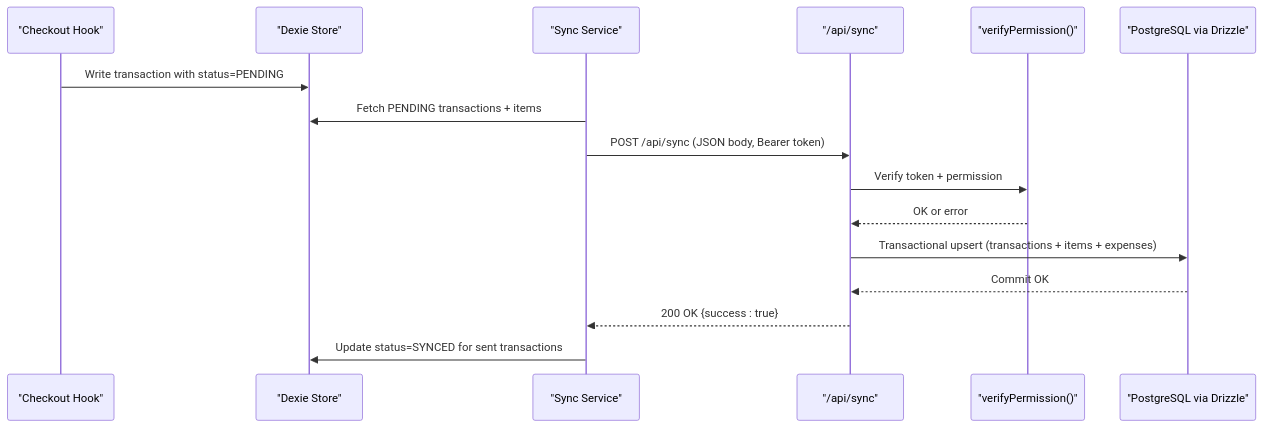
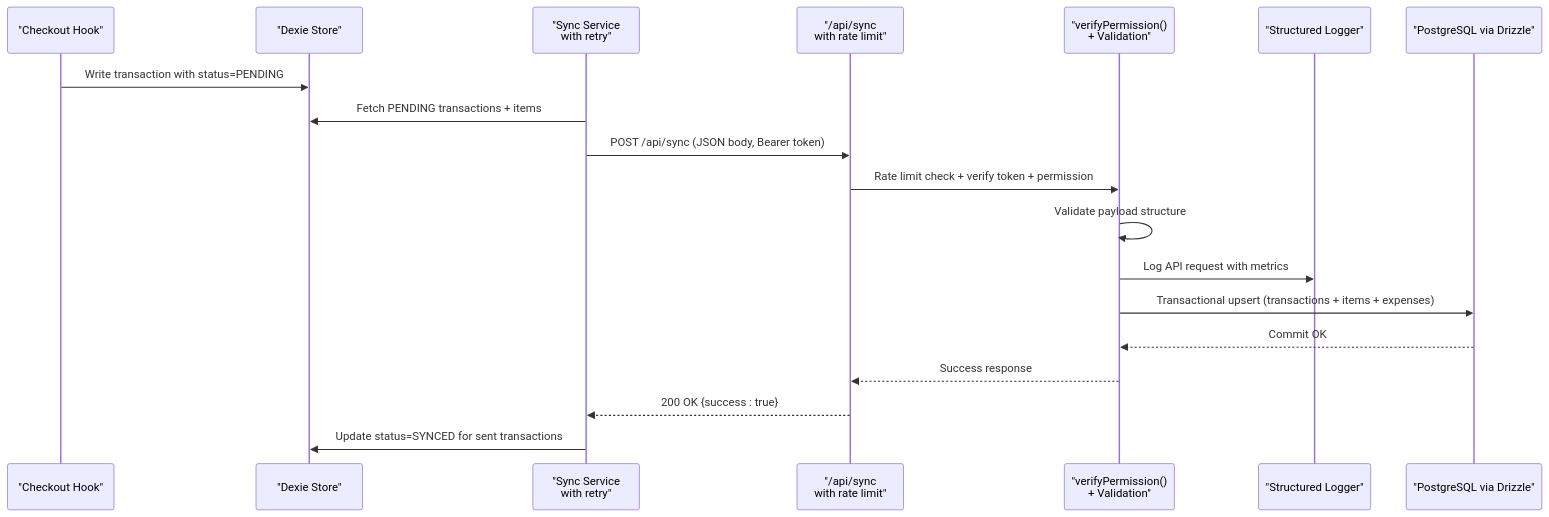
The second of 3 diagrams in .qoder/repowiki/en/content/API Reference/Synchronization API.md (riod94/ngepos), drawn with Mermaid before and after one commit. The commit also changed other lines of this file and 51 other files, not shown here.

````diff
--- a/.qoder/repowiki/en/content/API Reference/Synchronization API.md
+++ b/.qoder/repowiki/en/content/API Reference/Synchronization API.md
@@ -101,18 +123,21 @@
 ```mermaid
 sequenceDiagram
 participant UI as "Checkout Hook"
 participant Store as "Dexie Store"
-participant Sync as "Sync Service"
-participant API as "/api/sync"
-participant Auth as "verifyPermission()"
+participant Sync as "Sync Service<br/>with retry"
+participant API as "/api/sync<br/>with rate limit"
+participant Auth as "verifyPermission()<br/>+ Validation"
+participant Log as "Structured Logger"
 participant DB as "PostgreSQL via Drizzle"
 UI->>Store : Write transaction with status=PENDING
 Sync->>Store : Fetch PENDING transactions + items
 Sync->>API : POST /api/sync (JSON body, Bearer token)
-API->>Auth : Verify token + permission
-Auth-->>API : OK or error
-API->>DB : Transactional upsert (transactions + items + expenses)
-DB-->>API : Commit OK
+API->>Auth : Rate limit check + verify token + permission
+Auth->>Auth : Validate payload structure
+Auth->>Log : Log API request with metrics
+Auth->>DB : Transactional upsert (transactions + items + expenses)
+DB-->>Auth : Commit OK
+Auth-->>API : Success response
 API-->>Sync : 200 OK {success : true}
 Sync->>Store : Update status=SYNCED for sent transactions
 ```
````
